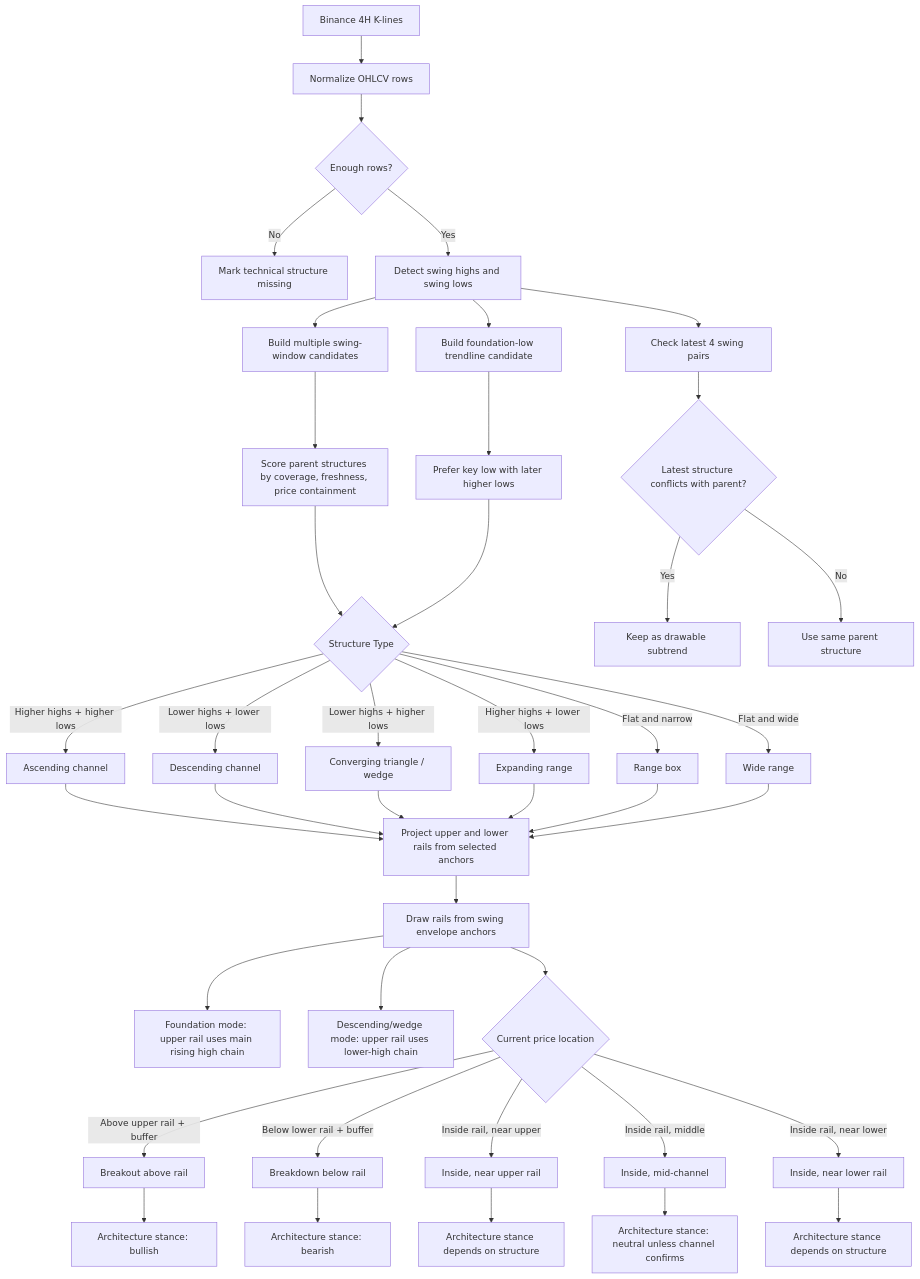
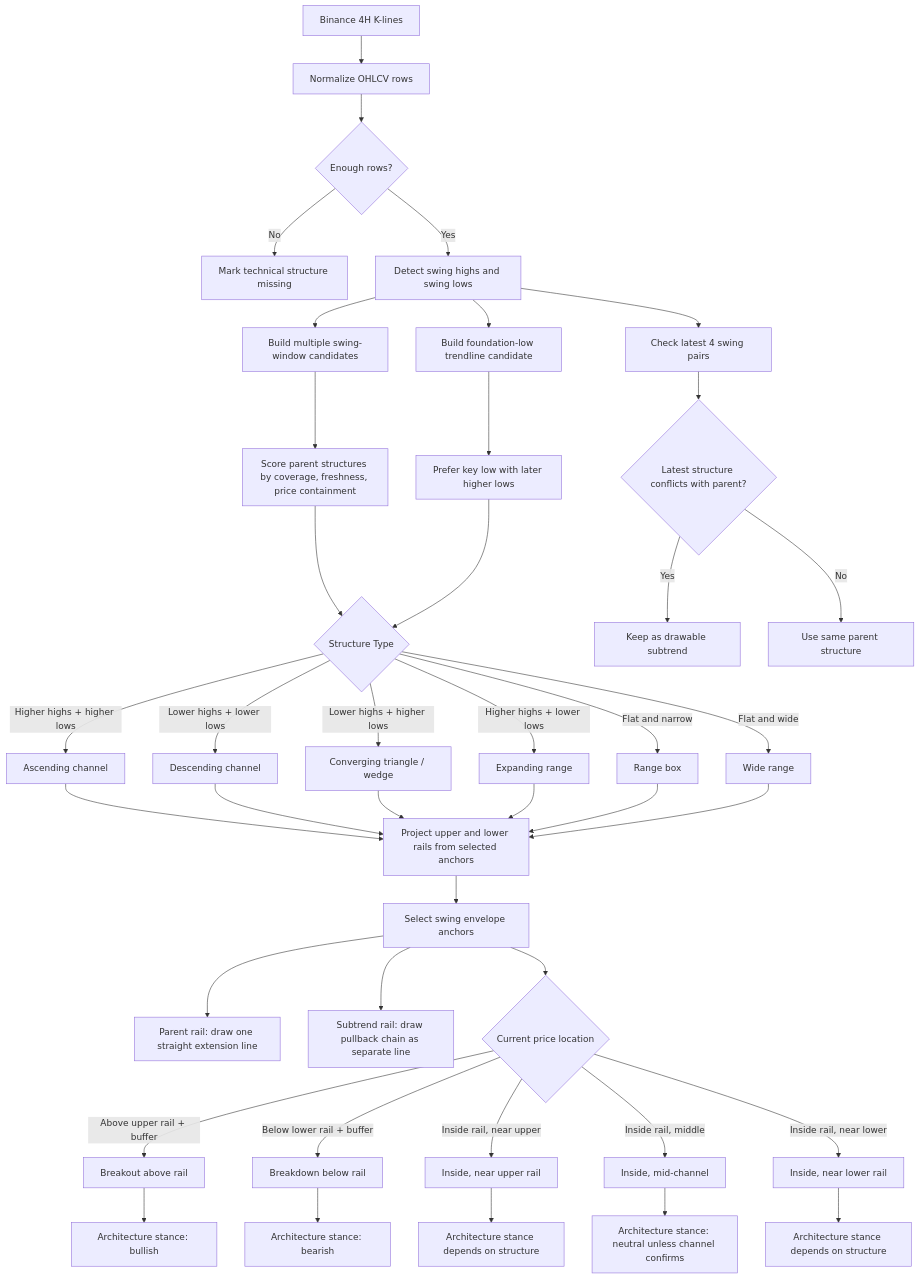
The first of 3 diagrams in docs/TECHNICAL_ARCHITECTURE.md (Lzh-xbccz/hermes-finance), drawn with Mermaid before and after one commit. The commit also changed other lines of this file and 5 other files, not shown here.

Commit message:
fix: extend crypto structure rails as straight lines

````diff
--- a/docs/TECHNICAL_ARCHITECTURE.md
+++ b/docs/TECHNICAL_ARCHITECTURE.md
@@ -7,49 +7,49 @@
 ```mermaid
 flowchart TD
     A[Binance 4H K-lines] --> B[Normalize OHLCV rows]
     B --> C{Enough rows?}
     C -- No --> C1[Mark technical structure missing]
     C -- Yes --> D[Detect swing highs and swing lows]
 
     D --> E[Build multiple swing-window candidates]
     D --> E1[Build foundation-low trendline candidate]
     E --> F[Score parent structures by coverage, freshness, price containment]
     E1 --> F1[Prefer key low with later higher lows]
     F --> G{Structure Type}
     F1 --> G
 
     G -- Higher highs + higher lows --> G1[Ascending channel]
     G -- Lower highs + lower lows --> G2[Descending channel]
     G -- Lower highs + higher lows --> G3[Converging triangle / wedge]
     G -- Higher highs + lower lows --> G4[Expanding range]
     G -- Flat and narrow --> G5[Range box]
     G -- Flat and wide --> G6[Wide range]
 
     G1 --> H[Project upper and lower rails from selected anchors]
     G2 --> H
     G3 --> H
     G4 --> H
     G5 --> H
     G6 --> H
 
-    H --> H1[Draw rails from swing envelope anchors]
-    H1 --> H6[Foundation mode: upper rail uses main rising high chain]
-    H1 --> H7[Descending/wedge mode: upper rail uses lower-high chain]
+    H --> H1[Select swing envelope anchors]
+    H1 --> H6[Parent rail: draw one straight extension line]
+    H1 --> H7[Subtrend rail: draw pullback chain as separate line]
     D --> H2[Check latest 4 swing pairs]
     H2 --> H3{Latest structure conflicts with parent?}
     H3 -- Yes --> H4[Keep as drawable subtrend]
     H3 -- No --> H5[Use same parent structure]
 
     H1 --> I{Current price location}
     I -- Above upper rail + buffer --> I1[Breakout above rail]
     I -- Below lower rail + buffer --> I2[Breakdown below rail]
     I -- Inside rail, near upper --> I3[Inside, near upper rail]
     I -- Inside rail, middle --> I4[Inside, mid-channel]
     I -- Inside rail, near lower --> I5[Inside, near lower rail]
 
     I1 --> J1[Architecture stance: bullish]
     I2 --> J2[Architecture stance: bearish]
     I3 --> J3[Architecture stance depends on structure]
     I4 --> J4[Architecture stance: neutral unless channel confirms]
     I5 --> J5[Architecture stance depends on structure]
 ```
````
